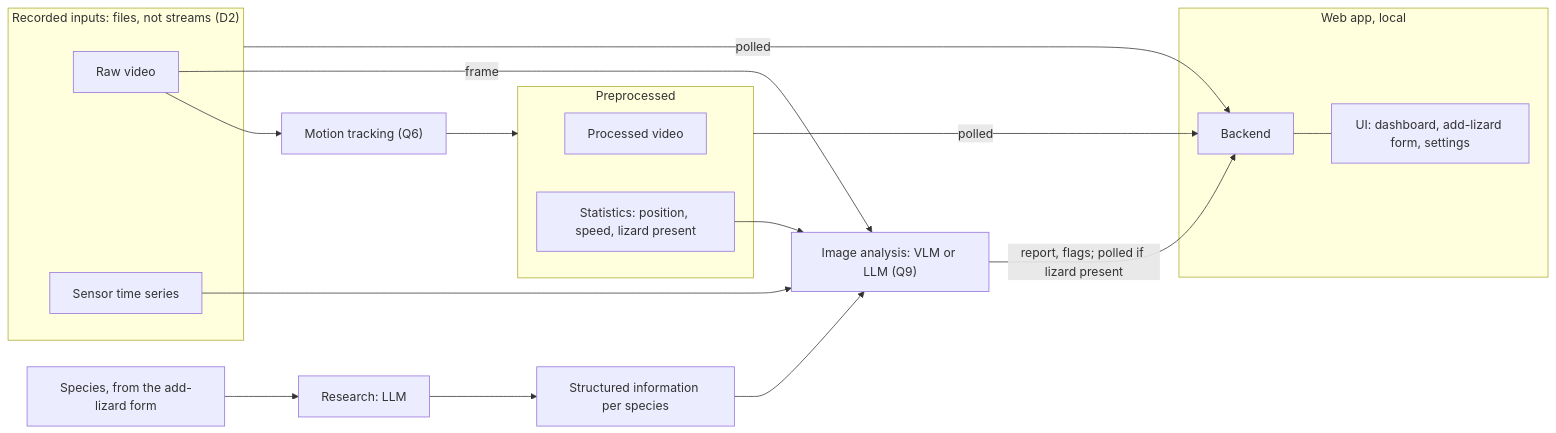
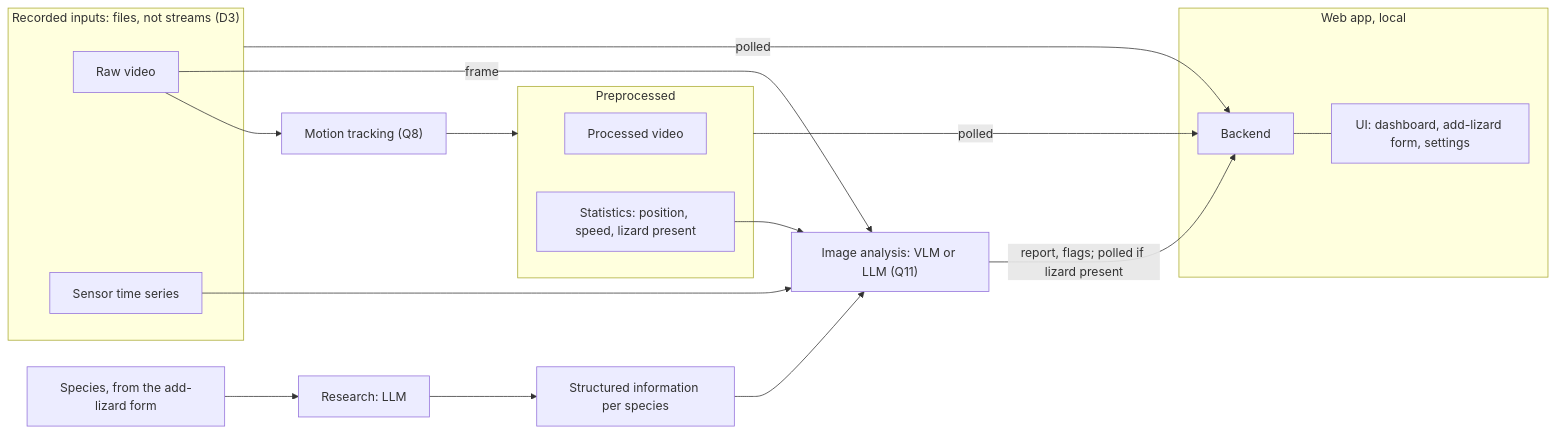
The diagram in docs/architecture.md (jkozik72/RepTracker), drawn with Mermaid before and after one commit. The commit also changed other lines of this file and 12 other files, not shown here.

````diff
--- a/docs/architecture.md
+++ b/docs/architecture.md
@@ -9,23 +9,23 @@
 ```mermaid
 flowchart LR
-    subgraph IN["Recorded inputs: files, not streams (D2)"]
+    subgraph IN["Recorded inputs: files, not streams (D3)"]
         RAW["Raw video"]
         SEN["Sensor time series"]
     end
     subgraph OUT["Preprocessed"]
         PV["Processed video"]
         ST["Statistics: position, speed, lizard present"]
     end
     subgraph WEB["Web app, local"]
         BE["Backend"] --- UI["UI: dashboard, add-lizard form, settings"]
     end
     SP["Species, from the add-lizard form"] --> RES["Research: LLM"] --> KB["Structured information per species"]
-    RAW --> MT["Motion tracking (Q6)"] --> OUT
-    RAW -->|"frame"| AI["Image analysis: VLM or LLM (Q9)"]
+    RAW --> MT["Motion tracking (Q8)"] --> OUT
+    RAW -->|"frame"| AI["Image analysis: VLM or LLM (Q11)"]
     SEN --> AI
     ST --> AI
     KB --> AI
     IN -->|"polled"| BE
     OUT -->|"polled"| BE
     AI -->|"report, flags; polled if lizard present"| BE
 ```
````
